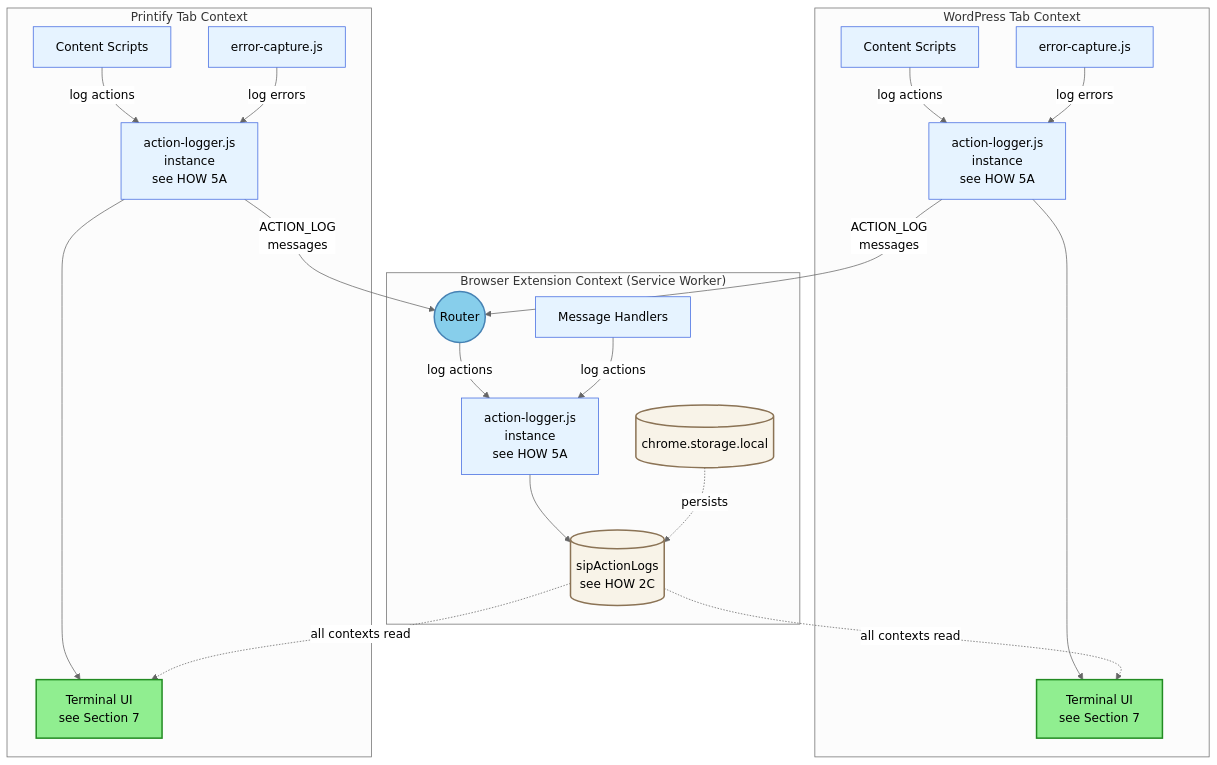
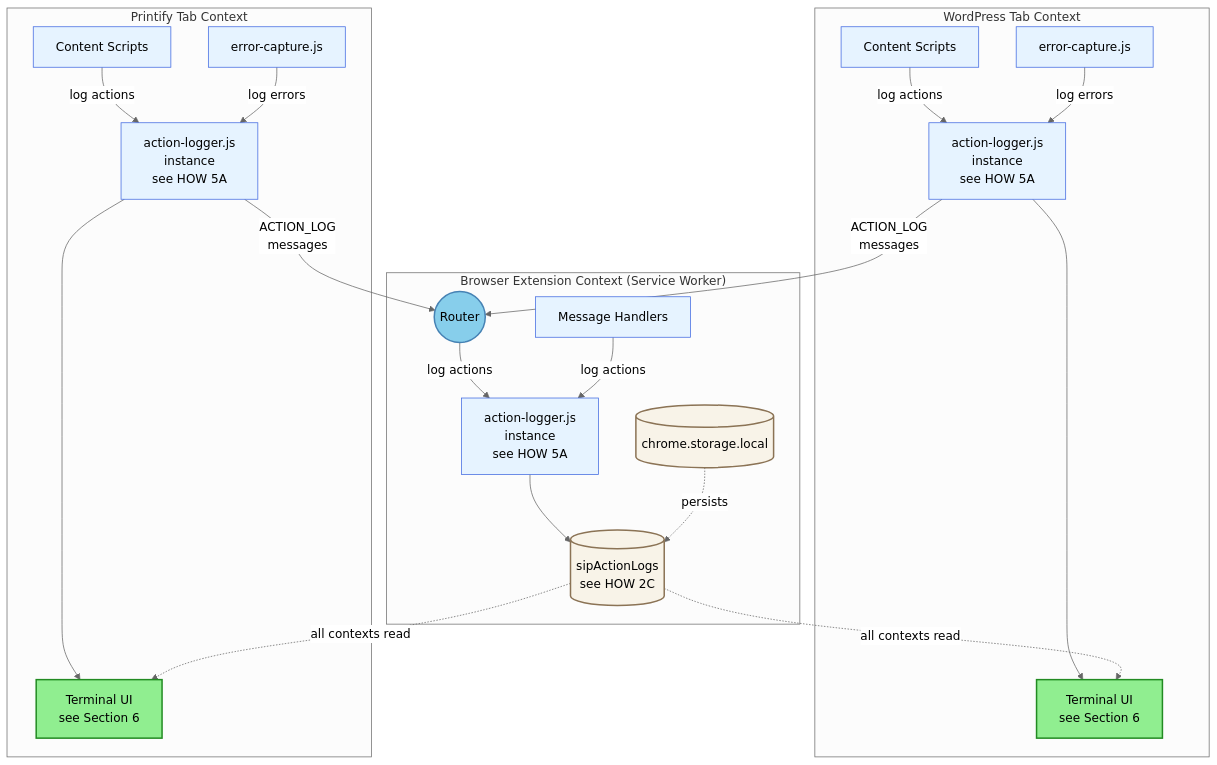
Before and after one commit to tdemelle-SiP/.claude: the fourth of 5 diagrams in guidelines/sip-printify-manager-extension-guidelines-v2.md, drawn with Mermaid (neutral theme). The commit also changed other lines of this file, not shown here.

First line of the commit message:
✅ Content Issues Fixed:   1. Section 3 title inconsistency - Fixed   2. Missing reference in Diagram 2 (Section 7 → Section 6) - Fixed   3. Incorrect storage key reference (Section 3D → Section 6D) - Fixed   4. Empty anchor tags - Already removed

````diff
--- a/guidelines/sip-printify-manager-extension-guidelines-v2.md
+++ b/guidelines/sip-printify-manager-extension-guidelines-v2.md
@@ -531,53 +531,53 @@
 ```mermaid
 graph TD
   subgraph "Browser Extension Context (Service Worker)"
     Router((Router))
     Handlers[Message Handlers]
     Storage[(chrome.storage.local)]
     ActionLog[(sipActionLogs<br/>see HOW 2C)]
     
     Router --> |log actions| AL_SW[action-logger.js<br/>instance<br/>see HOW 5A]
     Handlers --> |log actions| AL_SW
     AL_SW --> ActionLog
     Storage -. persists .-> ActionLog
   end
   
   subgraph "WordPress Tab Context"
     WPScripts[Content Scripts]
     WPError[error-capture.js]
     AL_WP[action-logger.js<br/>instance<br/>see HOW 5A]
-    Terminal1[Terminal UI<br/>see Section 7]
+    Terminal1[Terminal UI<br/>see Section 6]
     
     WPScripts --> |log actions| AL_WP
     WPError --> |log errors| AL_WP
     AL_WP -->|ACTION_LOG<br/>messages| Router
     AL_WP --> Terminal1
   end
   
   subgraph "Printify Tab Context"
     PScripts[Content Scripts]
     PError[error-capture.js]
     AL_P[action-logger.js<br/>instance<br/>see HOW 5A]
-    Terminal2[Terminal UI<br/>see Section 7]
+    Terminal2[Terminal UI<br/>see Section 6]
     
     PScripts --> |log actions| AL_P
     PError --> |log errors| AL_P
     AL_P -->|ACTION_LOG<br/>messages| Router
     AL_P --> Terminal2
   end
   
   %% Cross-context log sharing
   ActionLog -.->|all contexts read| Terminal1
   ActionLog -.->|all contexts read| Terminal2
   
   %% Apply styles to match main architecture
   classDef userFacingStyle fill:#90EE90,stroke:#228B22,stroke-width:2px
   classDef routerStyle fill:#87CEEB,stroke:#4682B4,stroke-width:2px
   classDef scriptStyle fill:#E6F3FF,stroke:#4169E1,stroke-width:1px
   classDef storageStyle fill:#F8F3E8,stroke:#8B7355,stroke-width:2px
   
   class Terminal1,Terminal2 userFacingStyle
   class Router routerStyle
   class WPScripts,PScripts,WPError,PError,AL_SW,AL_WP,AL_P,Handlers scriptStyle
   class Storage,ActionLog storageStyle
 ```
````
